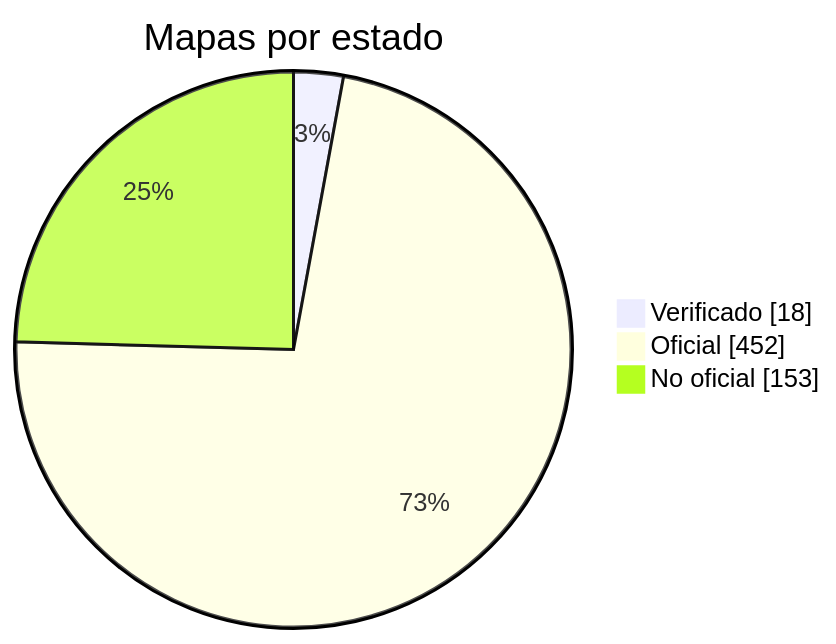
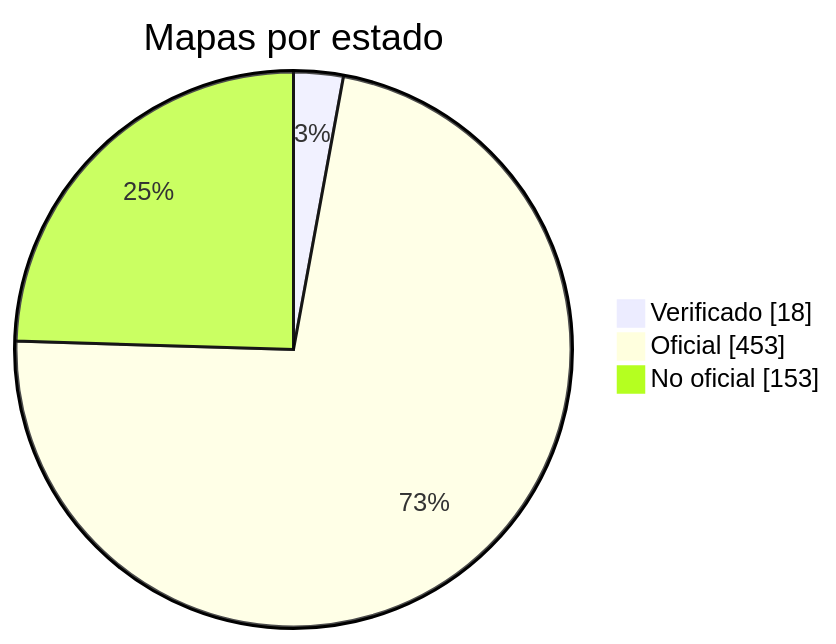
The diagram in docs/readme/README_ES.md (nobrega8/mbmap-library), drawn with Mermaid before and after one commit. The commit also changed 6 other files, not shown here.

````diff
--- a/docs/readme/README_ES.md
+++ b/docs/readme/README_ES.md
@@ -54,7 +54,7 @@
 ```mermaid
 pie showData
     title Mapas por estado
     "Verificado" : 18
-    "Oficial" : 452
+    "Oficial" : 453
     "No oficial" : 153
 ```
````
